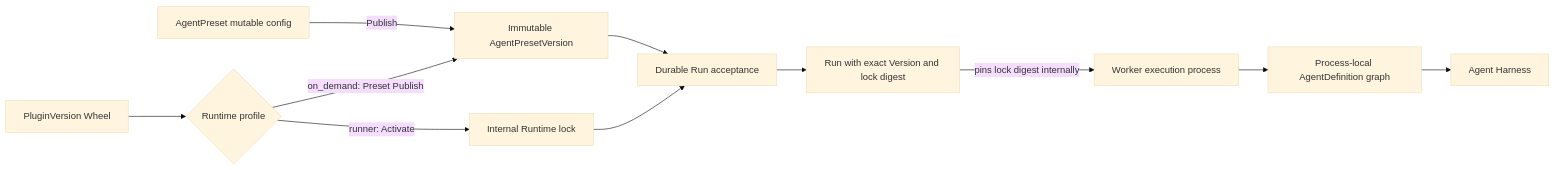
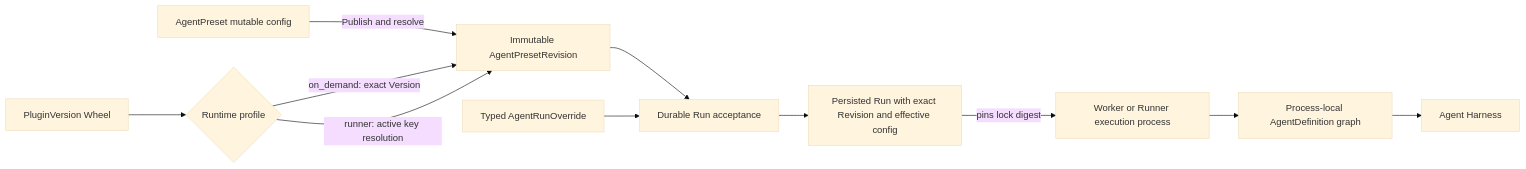
The diagram in spec/foundation-service/12-agent-management.md (LTThreeComma/agent-foundation), drawn with Mermaid (base theme) before and after one commit. The commit also changed other lines of this file and 30 other files, not shown here.

First line of the commit message:
docs(agent-management): define preset revisions and run overrides (#83)

````diff
--- a/spec/foundation-service/12-agent-management.md
+++ b/spec/foundation-service/12-agent-management.md
@@ -11,13 +11,13 @@
 ```mermaid
 flowchart LR
-    Config[AgentPreset mutable config] -->|Publish| Version[Immutable AgentPresetVersion]
+    Config[AgentPreset mutable config] -->|Publish and resolve| Revision[Immutable AgentPresetRevision]
     Wheel[PluginVersion Wheel] --> Selection{Runtime profile}
-    Selection -->|on_demand: Preset Publish| Version
-    Selection -->|runner: Activate| Lock[Internal Runtime lock]
-    Version --> Acceptance[Durable Run acceptance]
-    Lock --> Acceptance
-    Acceptance --> Run[Run with exact Version and lock digest]
-    Run -->|pins lock digest internally| Worker[Worker execution process]
+    Selection -->|on_demand: exact Version| Revision
+    Selection -->|runner: active key resolution| Revision
+    Revision --> Acceptance[Durable Run acceptance]
+    Override[Typed AgentRunOverride] --> Acceptance
+    Acceptance --> Run[Persisted Run with exact Revision and effective config]
+    Run -->|pins lock digest| Worker[Worker or Runner execution process]
     Worker --> Definition[Process-local AgentDefinition graph]
     Definition --> Harness[Agent Harness]
 ```
````
